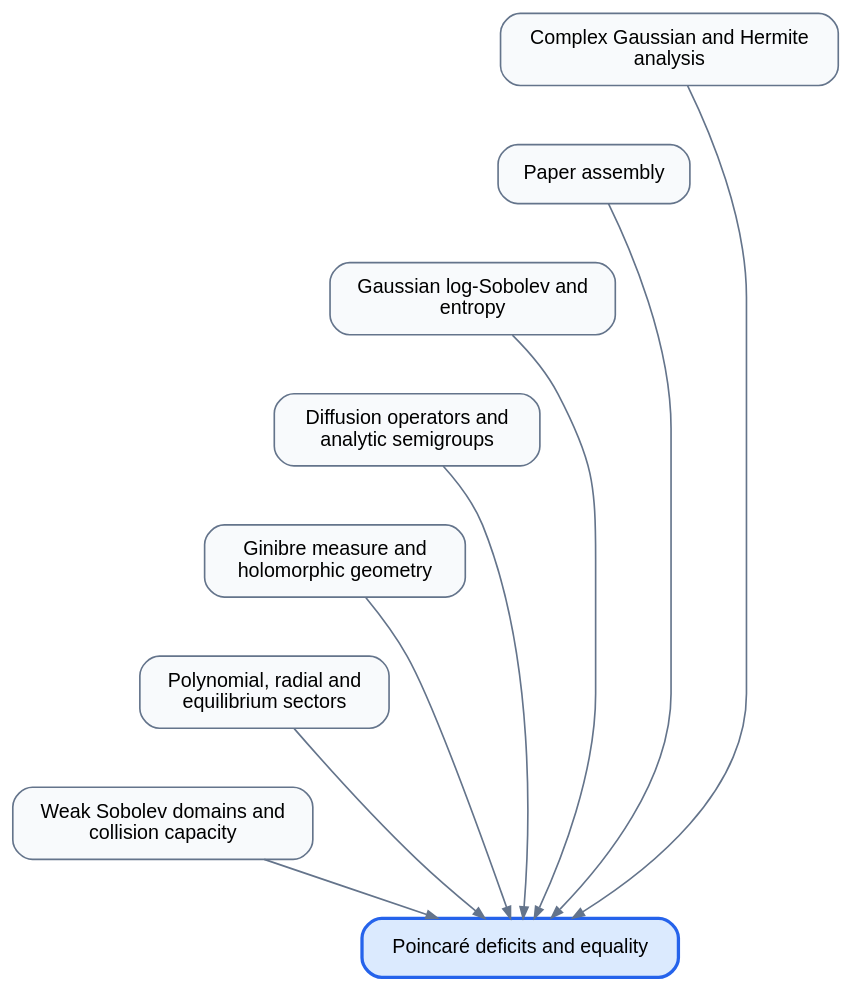
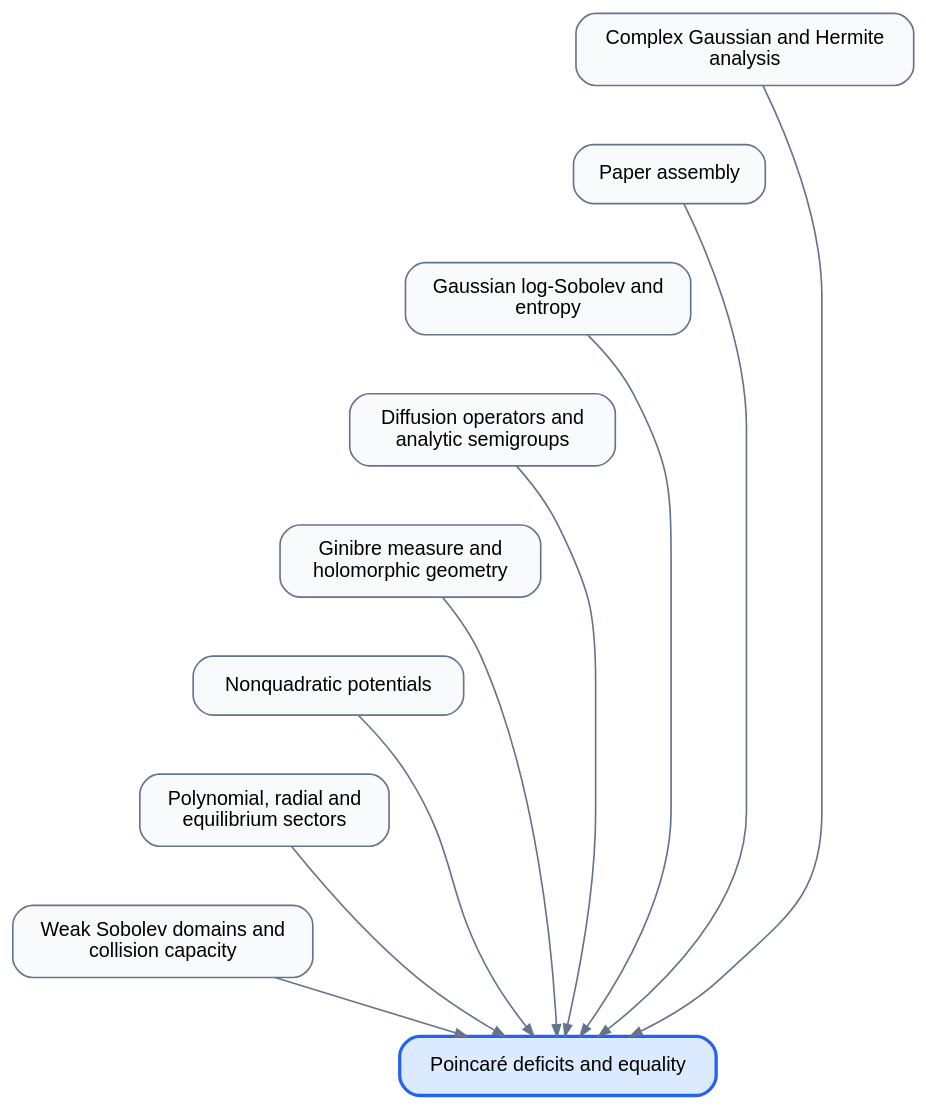
Before and after one commit to djalilchafai/ginibre-poincare: the diagram in diagrams/DeficitsEquality.dot, drawn with Graphviz. The commit also changed 66 other files, not shown here.

```diff
--- a/diagrams/DeficitsEquality.dot
+++ b/diagrams/DeficitsEquality.dot
@@ -1,27 +1,30 @@
 digraph dependencies {
 rankdir=TB;
 graph [bgcolor="transparent", pad="0.3", nodesep="0.3"];
 node [shape=box, style="rounded,filled", fillcolor="#f8fafc", color="#64748b", fontname="sans-serif", fontsize=12, margin="0.18,0.12"];
 edge [color="#64748b", arrowsize=0.7];
 ComplexGaussianHermite [label="Complex Gaussian and Hermite\nanalysis"];
 Endgame [label="Paper assembly"];
 GaussianLSI [label="Gaussian log-Sobolev and\nentropy"];
 GeneratorSemigroup [label="Diffusion operators and\nanalytic semigroups"];
 GinibreMeasureGeometry [label="Ginibre measure and\nholomorphic geometry"];
+NonQuadratic [label="Nonquadratic potentials"];
 PolynomialRadial [label="Polynomial, radial and\nequilibrium sectors"];
 WeakSobolev [label="Weak Sobolev domains and\ncollision capacity"];
 DeficitsEquality [label="Poincaré deficits and equality", fillcolor="#dbeafe", color="#2563eb", penwidth=2];
 ComplexGaussianHermite -> DeficitsEquality;
 Endgame -> DeficitsEquality;
 GaussianLSI -> DeficitsEquality;
 GeneratorSemigroup -> DeficitsEquality;
 GinibreMeasureGeometry -> DeficitsEquality;
+NonQuadratic -> DeficitsEquality;
 PolynomialRadial -> DeficitsEquality;
 WeakSobolev -> DeficitsEquality;
 ComplexGaussianHermite -> Endgame [style=invis];
 Endgame -> GaussianLSI [style=invis];
 GaussianLSI -> GeneratorSemigroup [style=invis];
 GeneratorSemigroup -> GinibreMeasureGeometry [style=invis];
-GinibreMeasureGeometry -> PolynomialRadial [style=invis];
+GinibreMeasureGeometry -> NonQuadratic [style=invis];
+NonQuadratic -> PolynomialRadial [style=invis];
 PolynomialRadial -> WeakSobolev [style=invis];
 }
```
